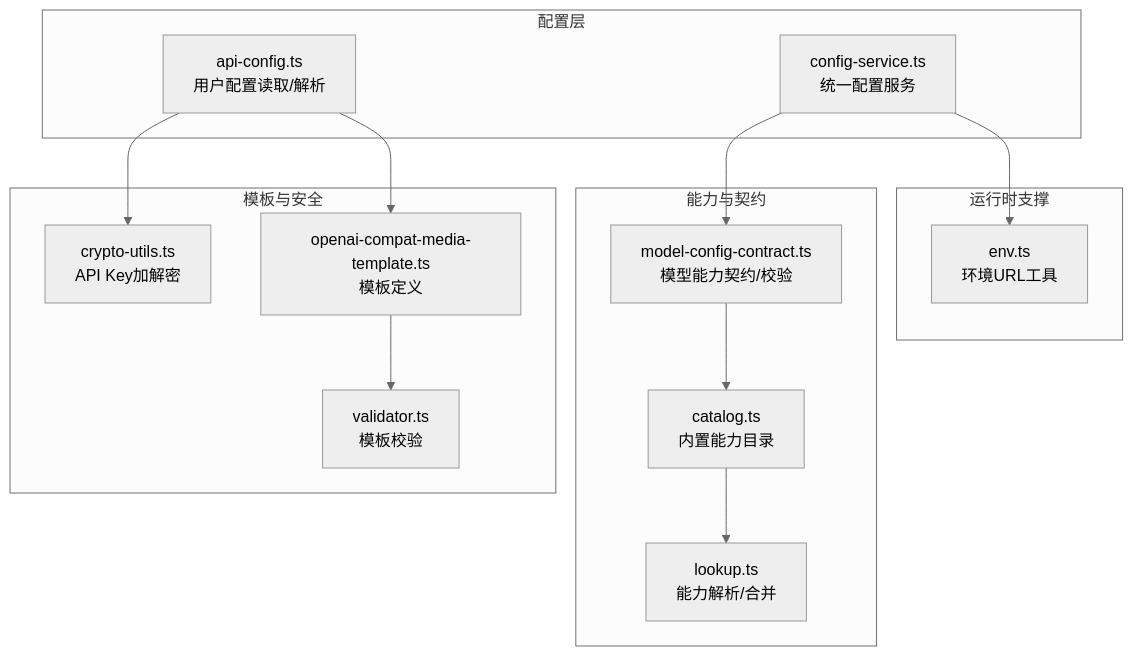
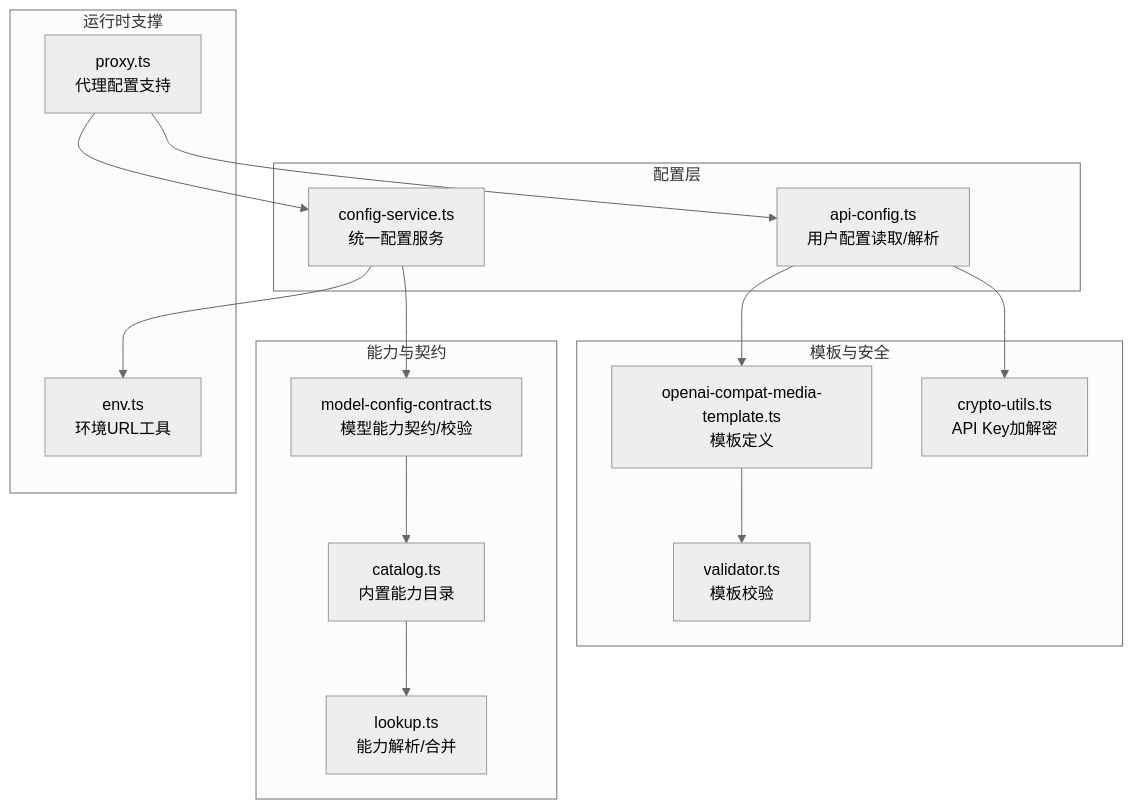
Before and after one commit to lyl2021/waoowaoo: the first of 10 diagrams in .qoder/repowiki/zh/content/AI服务集成/API配置管理.md, drawn with Mermaid (neutral theme). The commit also changed other lines of this file and 15 other files, not shown here.

````diff
--- a/.qoder/repowiki/zh/content/AI服务集成/API配置管理.md
+++ b/.qoder/repowiki/zh/content/AI服务集成/API配置管理.md
@@ -41,27 +56,30 @@
 ```mermaid
 graph TB
 subgraph "配置层"
 A["api-config.ts<br/>用户配置读取/解析"]
 B["config-service.ts<br/>统一配置服务"]
 end
 subgraph "能力与契约"
 C["model-config-contract.ts<br/>模型能力契约/校验"]
 D["catalog.ts<br/>内置能力目录"]
 E["lookup.ts<br/>能力解析/合并"]
 end
 subgraph "模板与安全"
 F["openai-compat-media-template.ts<br/>模板定义"]
 G["validator.ts<br/>模板校验"]
 H["crypto-utils.ts<br/>API Key加解密"]
 end
 subgraph "运行时支撑"
 I["env.ts<br/>环境URL工具"]
+J["proxy.ts<br/>代理配置支持"]
 end
 A --> H
 B --> C
 C --> D
 D --> E
 A --> F
 F --> G
 B --> I
+J --> A
+J --> B
 ```
````
